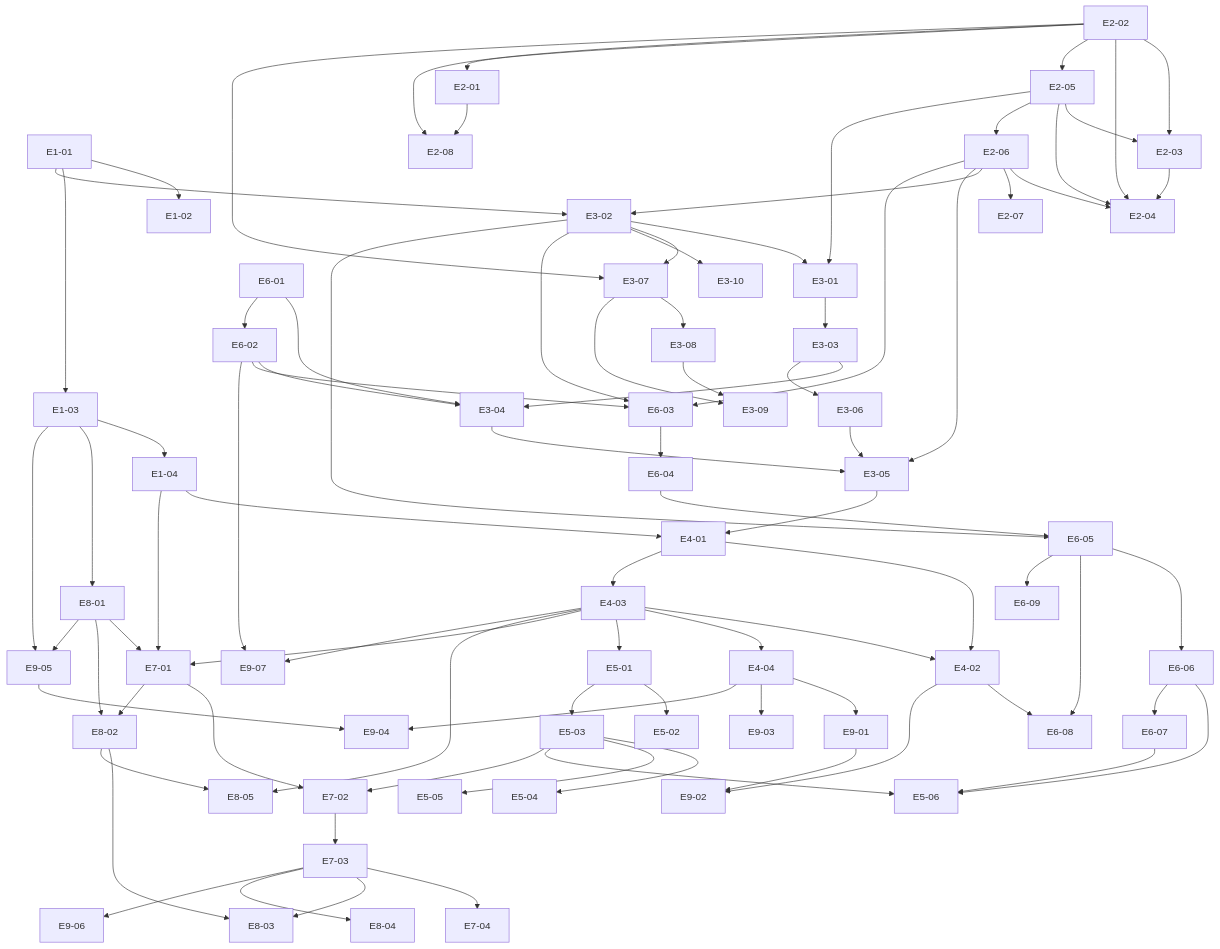
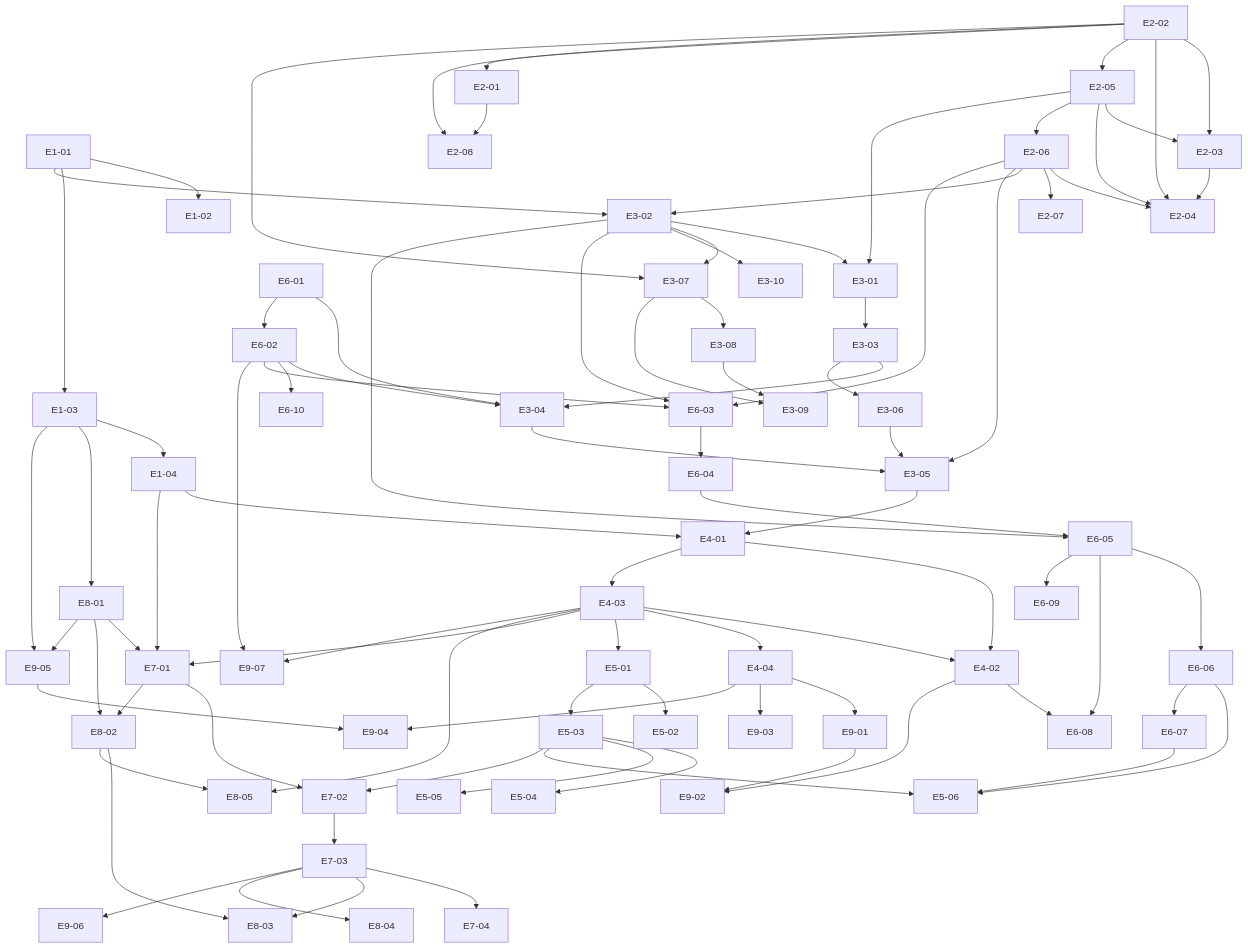
One commit to bacsystem/learning changed the second of 2 diagrams in docs/stories/serums-ia/README.md. Above: the diagram before and after it, drawn with Mermaid. The commit also changed other lines of this file and 9 other files, not shown here.

```diff
--- a/docs/stories/serums-ia/README.md
+++ b/docs/stories/serums-ia/README.md
@@ -91,6 +91,7 @@
   E6-06 --> E5-06
   E6-07 --> E5-06
   E6-01 --> E6-02
+  E6-02 --> E6-10
   E6-02 --> E6-03
   E2-06 --> E6-03
   E3-02 --> E6-03
```
